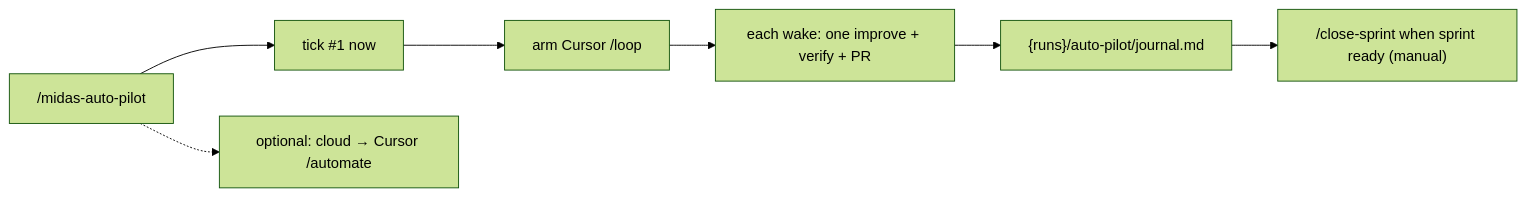
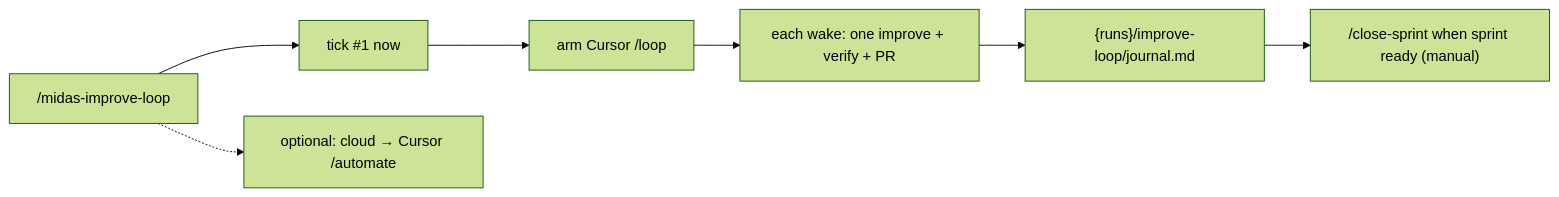
The fifth of 5 diagrams in create-midas/template/.harness/engine/docs/skill-flows.md (okuzpe/midas-harness), drawn with Mermaid (forest theme) before and after one commit. The commit also changed other lines of this file and 58 other files, not shown here.

First line of the commit message:
feat: rename midas-auto-pilot to midas-improve-loop (v2.6.1)

````diff
--- a/create-midas/template/.harness/engine/docs/skill-flows.md
+++ b/create-midas/template/.harness/engine/docs/skill-flows.md
@@ -133,9 +133,9 @@
 ```mermaid
 flowchart LR
-  Start["/midas-auto-pilot"] --> Tick1["tick #1 now"]
+  Start["/midas-improve-loop"] --> Tick1["tick #1 now"]
   Tick1 --> Loop["arm Cursor /loop"]
   Loop --> OneFix["each wake: one improve + verify + PR"]
-  OneFix --> Journal["{runs}/auto-pilot/journal.md"]
+  OneFix --> Journal["{runs}/improve-loop/journal.md"]
   Journal --> Close["/close-sprint when sprint ready (manual)"]
   Start -.-> Cloud["optional: cloud → Cursor /automate"]
 ```
````
